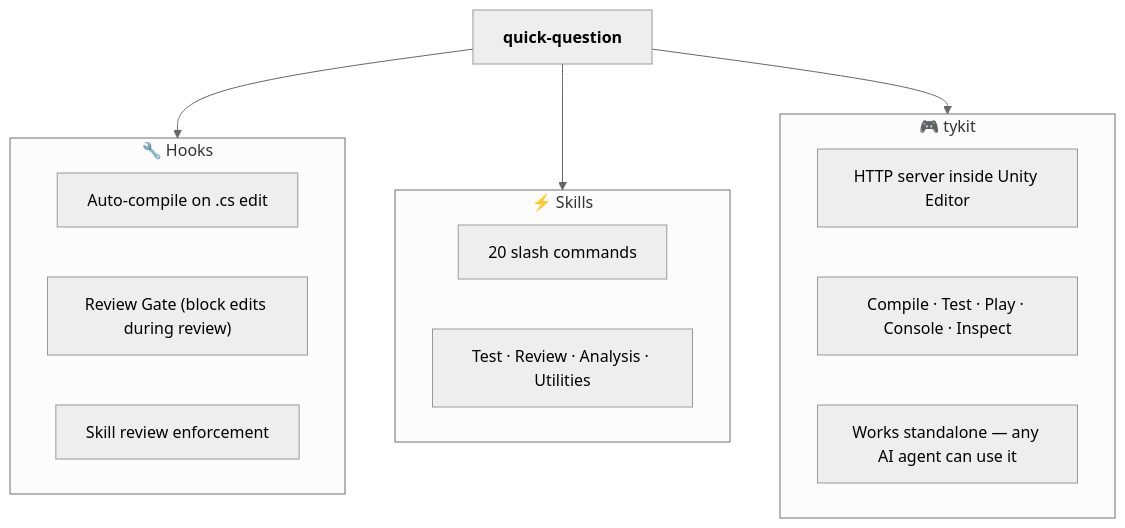
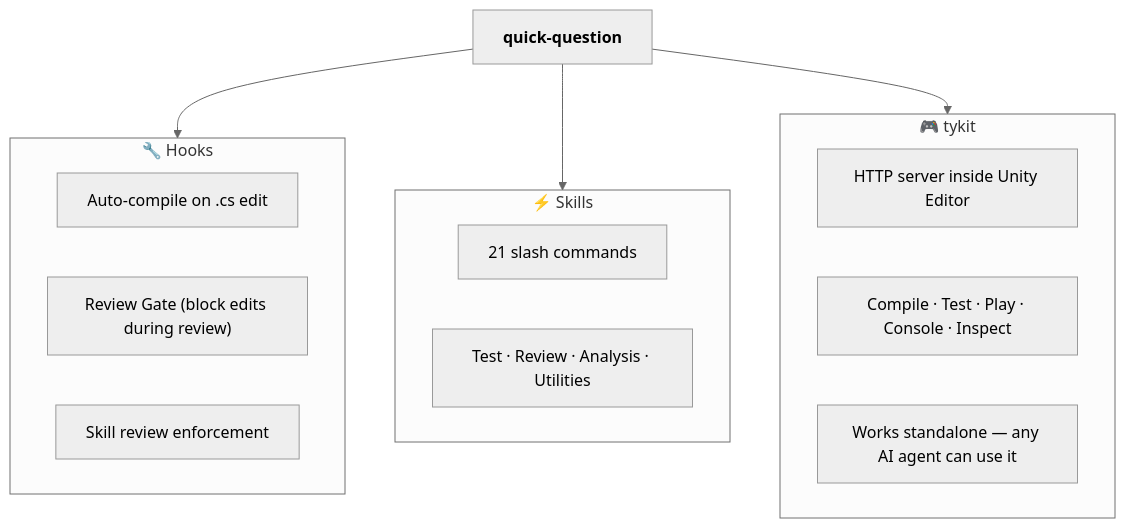
The first of 11 diagrams in README.md (tykisgod/quick-question), drawn with Mermaid (neutral theme) before and after one commit. The commit also changed other lines of this file, not shown here.

First line of the commit message:
feat: add /qq:go entry + update README commands table + fix skill count to 21

````diff
--- a/README.md
+++ b/README.md
@@ -66,25 +66,25 @@
 ```mermaid
 flowchart TB
     QQ["<b>quick-question</b>"]
 
     subgraph H["🔧 Hooks"]
         H1["Auto-compile on .cs edit"]
         H2["Review Gate (block edits during review)"]
         H3["Skill review enforcement"]
     end
 
     subgraph S["⚡ Skills"]
-        S1["20 slash commands"]
+        S1["21 slash commands"]
         S2["Test · Review · Analysis · Utilities"]
     end
 
     subgraph T["🎮 tykit"]
         T1["HTTP server inside Unity Editor"]
         T2["Compile · Test · Play · Console · Inspect"]
         T3["Works standalone — any AI agent can use it"]
     end
 
     QQ --> H
     QQ --> S
     QQ --> T
 ```
````
